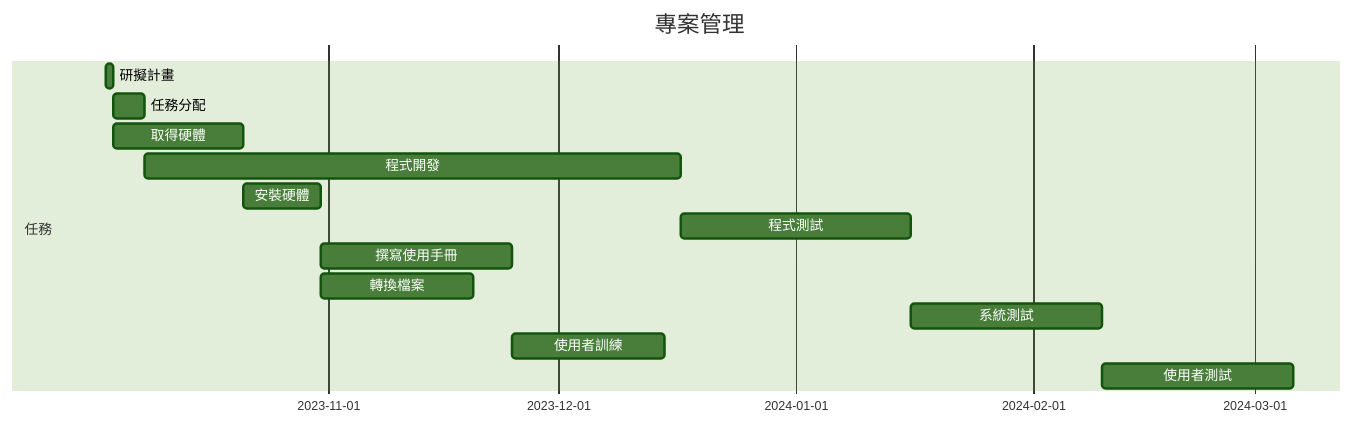
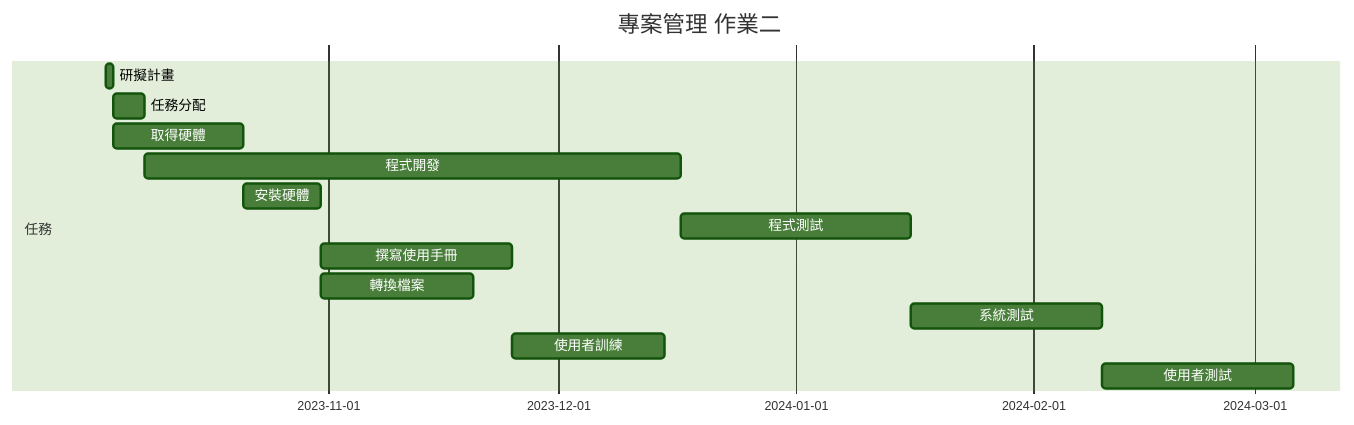
Before and after one commit to c110118222/C110118222: the diagram in hw2.md, drawn with Mermaid (forest theme).

````diff
--- a/hw2.md
+++ b/hw2.md
@@ -5,17 +5,17 @@
 ```mermaid
 gantt
-    title 專案管理
+    title 專案管理 作業二
 
     section 任務
     研擬計畫     : a1 , 2023-10-03 , 1d
     任務分配     : a2 , after a1 , 4d
     取得硬體     : a3 , after a1 , 17d
     程式開發     : a4 , after a2 , 70d
     安裝硬體     : a5 , after a3 , 10d
     程式測試     : a6 , after a4 , 30d
     撰寫使用手冊  : a7 , after a5 , 25d
     轉換檔案     : a8 , after a5 , 20d
     系統測試     : a9 , after a6 , 25d
     使用者訓練   : a10 , after a7 a8 ,20d
     使用者測試   : a11 , after a9 a10 ,25d
 ```
````
